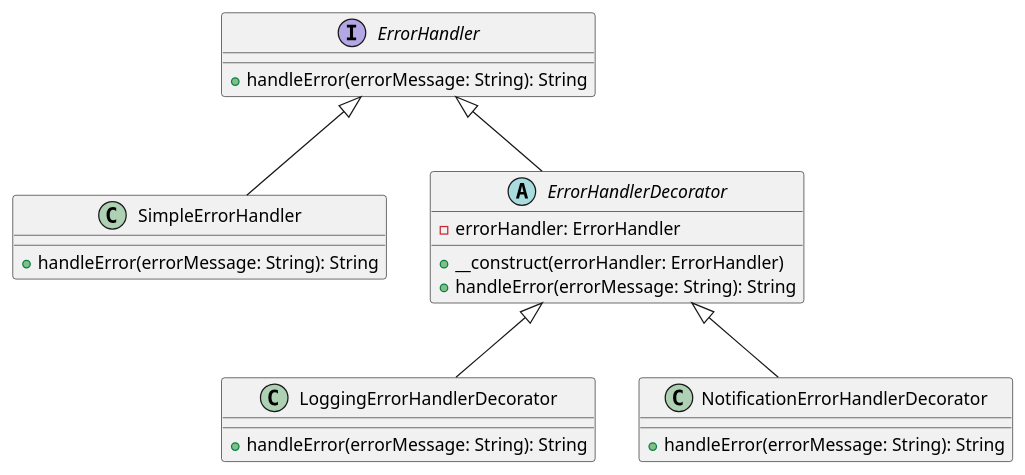
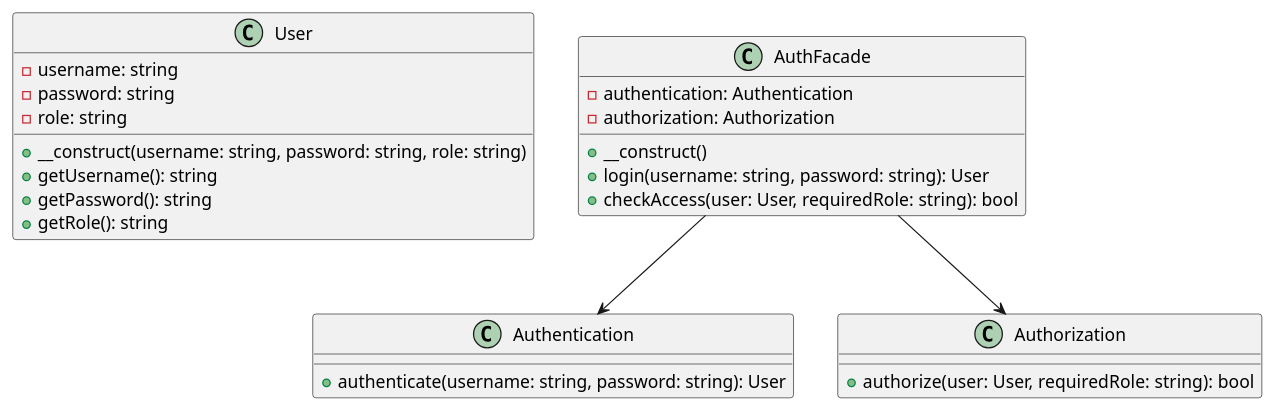
One commit to andrewovchinnikov/design-patterns changed the diagram in klassifikaciya-patternov/structural-patterns/fasad-facade/primery/obrabotka-oshibok/php.md. Above: the diagram before and after it, drawn with PlantUML. The commit also changed other lines of this file, not shown here.

````diff
--- a/klassifikaciya-patternov/structural-patterns/fasad-facade/primery/obrabotka-oshibok/php.md
+++ b/klassifikaciya-patternov/structural-patterns/fasad-facade/primery/obrabotka-oshibok/php.md
@@ -100,30 +122,34 @@
 ```plantuml
 @startuml
-interface ErrorHandler {
-    +handleError(errorMessage: String): String
+
+class User {
+    -username: string
+    -password: string
+    -role: string
+    +__construct(username: string, password: string, role: string)
+    +getUsername(): string
+    +getPassword(): string
+    +getRole(): string
 }
 
-class SimpleErrorHandler {
-    +handleError(errorMessage: String): String
+class Authentication {
+    +authenticate(username: string, password: string): User
 }
 
-abstract class ErrorHandlerDecorator {
-    -errorHandler: ErrorHandler
-    +__construct(errorHandler: ErrorHandler)
-    +handleError(errorMessage: String): String
+class Authorization {
+    +authorize(user: User, requiredRole: string): bool
 }
 
-class LoggingErrorHandlerDecorator {
-    +handleError(errorMessage: String): String
+class AuthFacade {
+    -authentication: Authentication
+    -authorization: Authorization
+    +__construct()
+    +login(username: string, password: string): User
+    +checkAccess(user: User, requiredRole: string): bool
 }
 
-class NotificationErrorHandlerDecorator {
-    +handleError(errorMessage: String): String
-}
+AuthFacade --> Authentication
+AuthFacade --> Authorization
 
-ErrorHandler <|-- SimpleErrorHandler
-ErrorHandler <|-- ErrorHandlerDecorator
-ErrorHandlerDecorator <|-- LoggingErrorHandlerDecorator
-ErrorHandlerDecorator <|-- NotificationErrorHandlerDecorator
 @enduml
 ```
````
